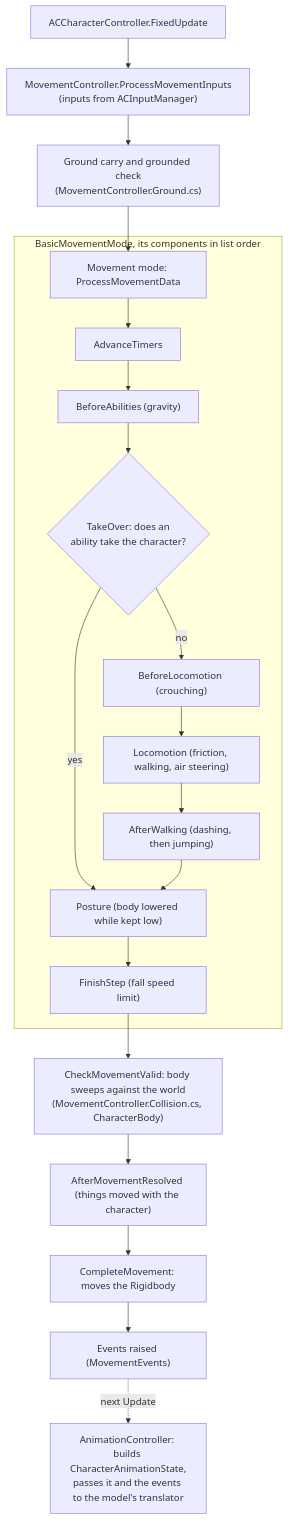
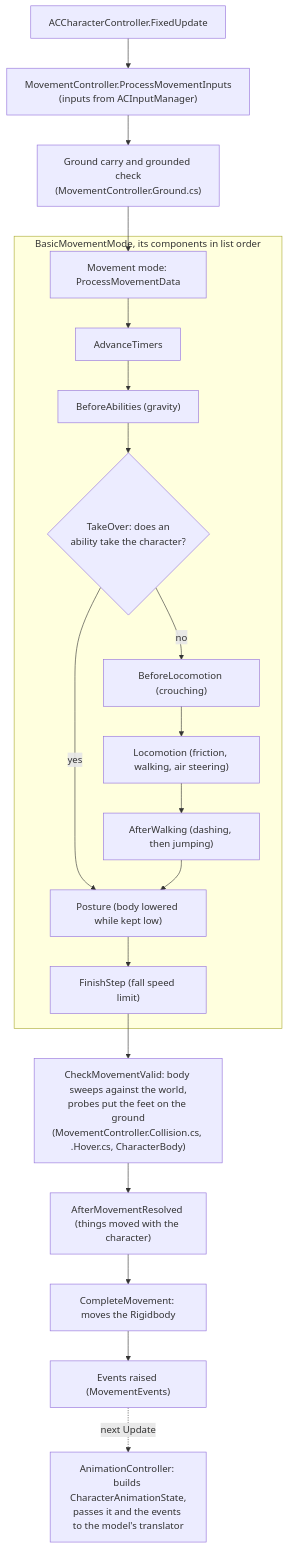
Before and after one commit to HOMMUSVAMPIRE/Character-Showcase: the first of 2 diagrams in docs/architecture.md, drawn with Mermaid. The commit also changed other lines of this file and 13 other files, not shown here.

````diff
--- a/docs/architecture.md
+++ b/docs/architecture.md
@@ -15,22 +15,22 @@
 ```mermaid
 flowchart TD
     A["ACCharacterController.FixedUpdate"] --> B["MovementController.ProcessMovementInputs<br/>(inputs from ACInputManager)"]
     B --> C["Ground carry and grounded check<br/>(MovementController.Ground.cs)"]
     C --> D["Movement mode: ProcessMovementData"]
     subgraph Mode["BasicMovementMode, its components in list order"]
         D --> D1["AdvanceTimers"]
         D1 --> D2["BeforeAbilities (gravity)"]
         D2 --> D3{"TakeOver: does an<br/>ability take the character?"}
         D3 -- no --> D4["BeforeLocomotion (crouching)"]
         D4 --> D5["Locomotion (friction, walking, air steering)"]
         D5 --> D6["AfterWalking (dashing, then jumping)"]
         D3 -- yes --> D7
         D6 --> D7["Posture (body lowered while kept low)"]
         D7 --> D8["FinishStep (fall speed limit)"]
     end
-    D8 --> E["CheckMovementValid: body sweeps against the world<br/>(MovementController.Collision.cs, CharacterBody)"]
+    D8 --> E["CheckMovementValid: body sweeps against the world,<br/>probes put the feet on the ground<br/>(MovementController.Collision.cs, .Hover.cs, CharacterBody)"]
     E --> F["AfterMovementResolved (things moved with the character)"]
     F --> G["CompleteMovement: moves the Rigidbody"]
     G --> H["Events raised (MovementEvents)"]
     H -. "next Update" .-> I["AnimationController: builds CharacterAnimationState,<br/>passes it and the events to the model's translator"]
 ```
````
